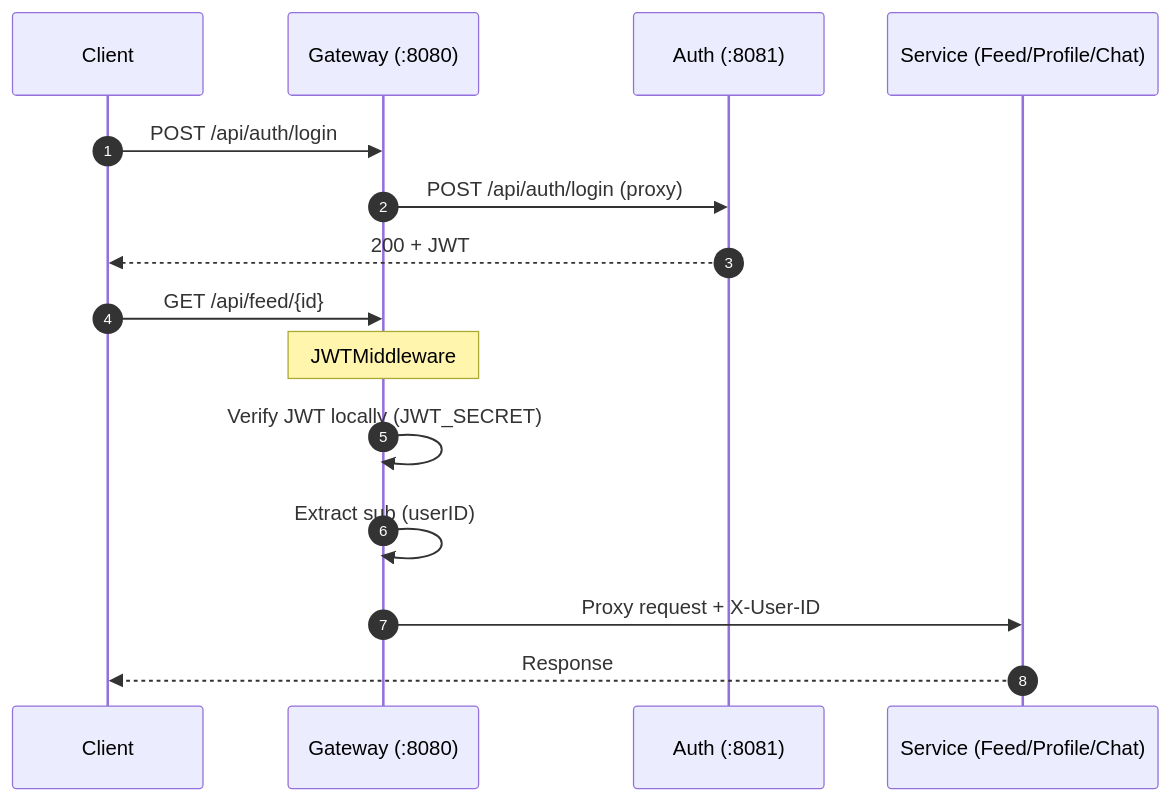
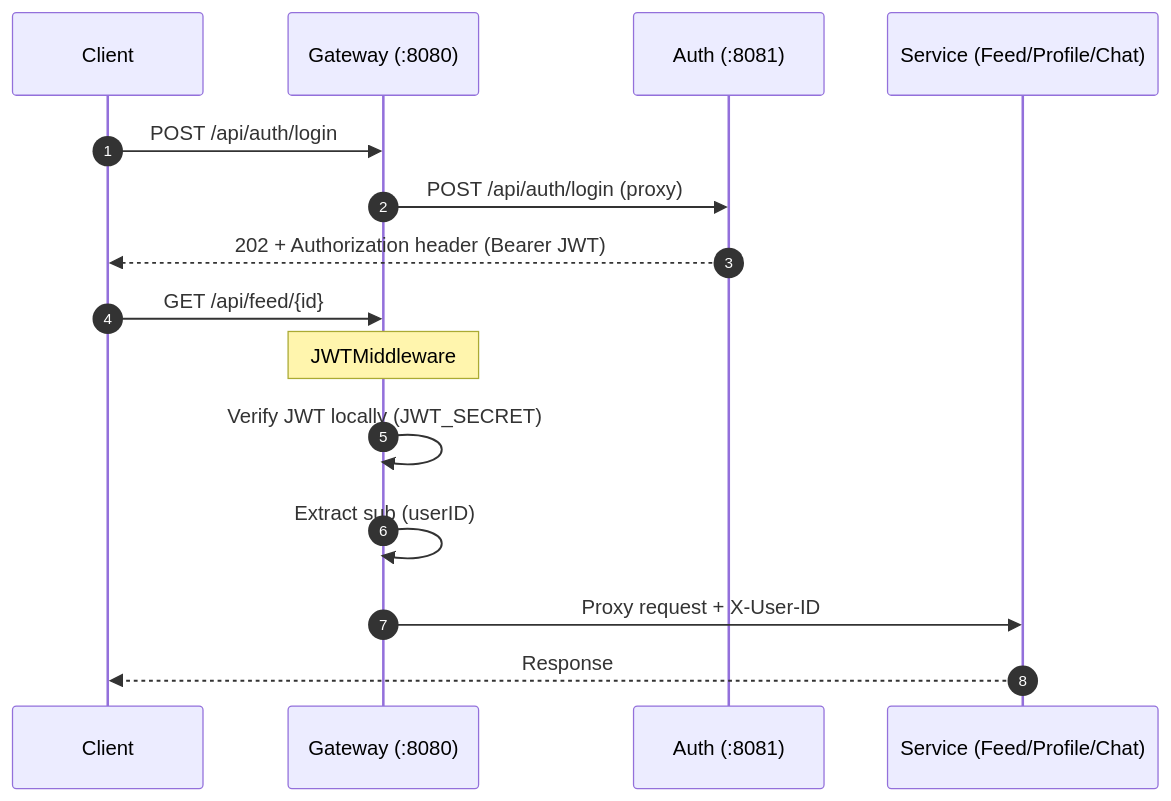
One commit to abeb021/wave-connect changed the second of 5 diagrams in README.md. Above: the diagram before and after it, drawn with Mermaid. The commit also changed other lines of this file and 1 other file, not shown here.

Commit message:
recent architecture changes updated docs

````diff
--- a/README.md
+++ b/README.md
@@ -101,21 +108,21 @@
 ```mermaid
 sequenceDiagram
   autonumber
   participant C as Client
   participant G as Gateway (:8080)
   participant A as Auth (:8081)
   participant S as Service (Feed/Profile/Chat)
 
   C->>G: POST /api/auth/login
   G->>A: POST /api/auth/login (proxy)
-  A-->>C: 200 + JWT
+  A-->>C: 202 + Authorization header (Bearer JWT)
 
   C->>G: GET /api/feed/{id}
 
   Note over G: JWTMiddleware
   G->>G: Verify JWT locally (JWT_SECRET)
   G->>G: Extract sub (userID)
 
   G->>S: Proxy request + X-User-ID
   S-->>C: Response
 ```
````
